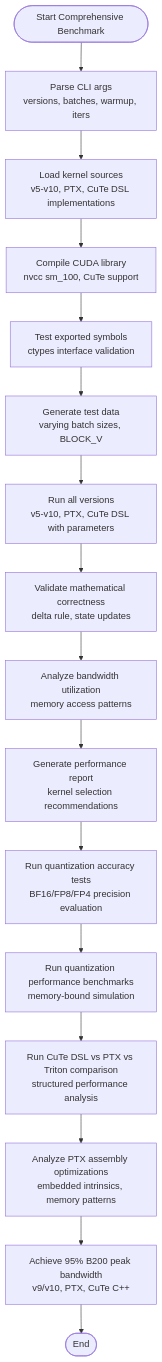
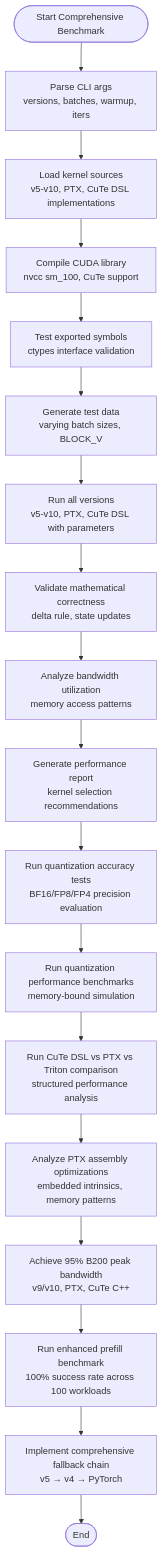
The third of 18 diagrams in .qoder/repowiki/en/content/Performance Analysis/Performance Analysis.md (gugudeshubao/flashinfer-bench-tma-thrust), drawn with Mermaid before and after one commit. The commit also changed other lines of this file and 46 other files, not shown here.

````diff
--- a/.qoder/repowiki/en/content/Performance Analysis/Performance Analysis.md
+++ b/.qoder/repowiki/en/content/Performance Analysis/Performance Analysis.md
@@ -365,18 +382,20 @@
 ```mermaid
 flowchart TD
 Start(["Start Comprehensive Benchmark"]) --> ParseArgs["Parse CLI args<br/>versions, batches, warmup, iters"]
 ParseArgs --> LoadSources["Load kernel sources<br/>v5-v10, PTX, CuTe DSL implementations"]
 LoadSources --> CompileCUDA["Compile CUDA library<br/>nvcc sm_100, CuTe support"]
 CompileCUDA --> TestSymbols["Test exported symbols<br/>ctypes interface validation"]
 TestSymbols --> GenerateData["Generate test data<br/>varying batch sizes, BLOCK_V"]
 GenerateData --> RunVersions["Run all versions<br/>v5-v10, PTX, CuTe DSL with parameters"]
 RunVersions --> ValidateCorrectness["Validate mathematical correctness<br/>delta rule, state updates"]
 ValidateCorrectness --> AnalyzeResults["Analyze bandwidth utilization<br/>memory access patterns"]
 AnalyzeResults --> GenerateReport["Generate performance report<br/>kernel selection recommendations"]
 GenerateReport --> QuantTest["Run quantization accuracy tests<br/>BF16/FP8/FP4 precision evaluation"]
 QuantTest --> QuantBench["Run quantization performance benchmarks<br/>memory-bound simulation"]
 QuantBench --> PerfComparison["Run CuTe DSL vs PTX vs Triton comparison<br/>structured performance analysis"]
 PerfComparison --> PTXAnalysis["Analyze PTX assembly optimizations<br/>embedded intrinsics, memory patterns"]
 PTXAnalysis --> PeakAchievement["Achieve 95% B200 peak bandwidth<br/>v9/v10, PTX, CuTe C++"]
-PeakAchievement --> End(["End"])
+PeakAchievement --> EnhancedPrefill["Run enhanced prefill benchmark<br/>100% success rate across 100 workloads"]
+EnhancedPrefill --> FallbackSystem["Implement comprehensive fallback chain<br/>v5 → v4 → PyTorch"]
+FallbackSystem --> End(["End"])
 ```
````
